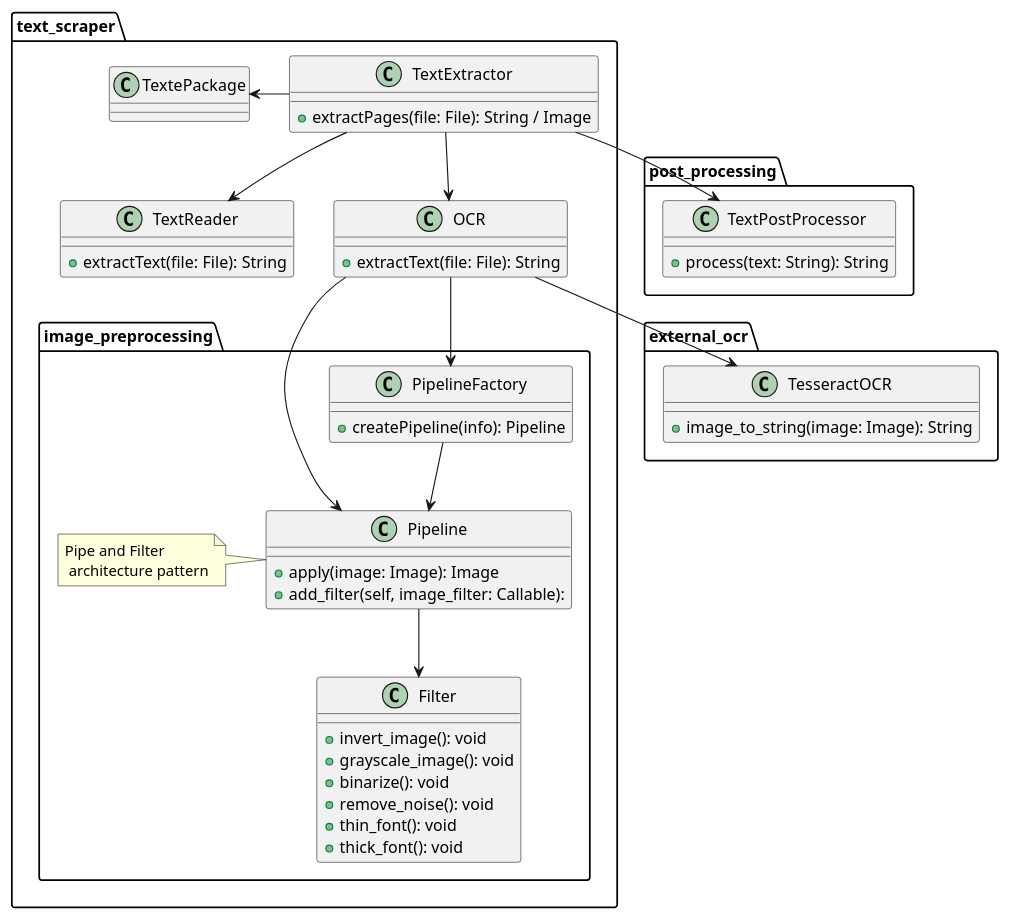
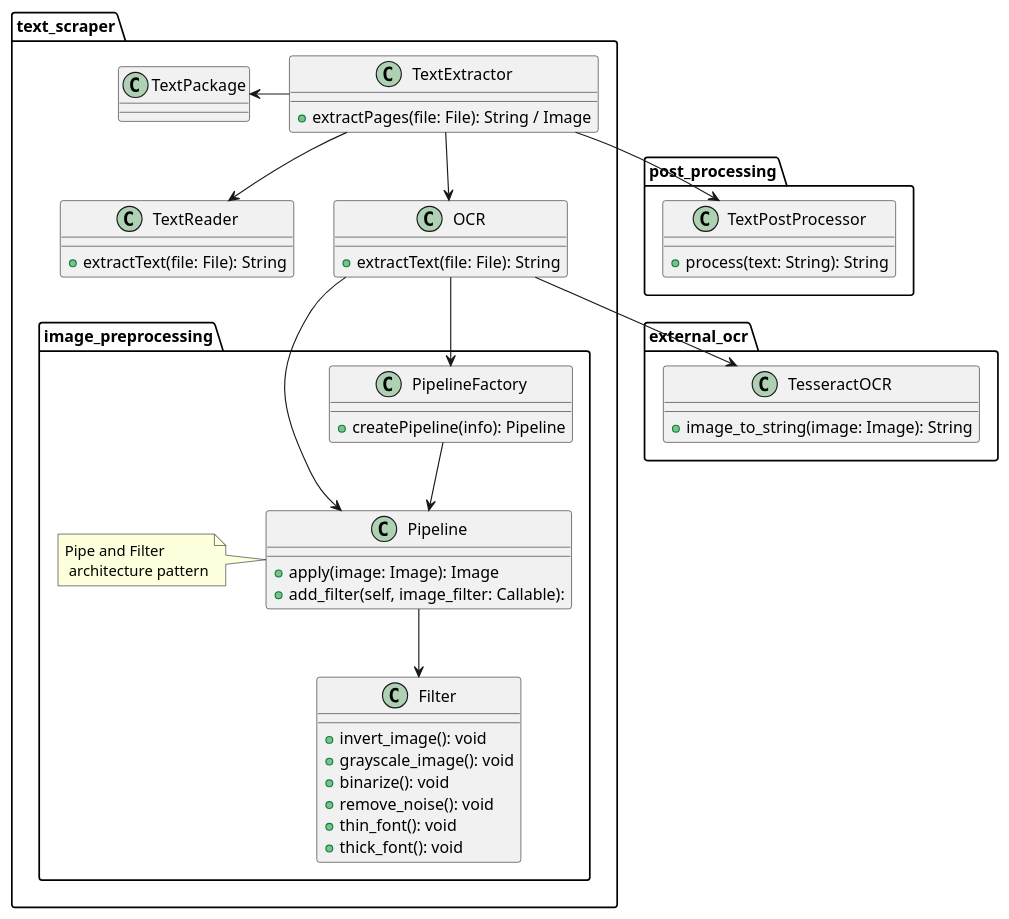
Before and after one commit to tutorai-no/tutor-service: the diagram in docs/diagrams/text_scraper.puml, drawn with PlantUML. The commit also changed 3 other files, not shown here.

```diff
--- a/docs/diagrams/text_scraper.puml
+++ b/docs/diagrams/text_scraper.puml
@@ -1,80 +1,80 @@
 @startuml
 
 package text_scraper {
 
     class TextExtractor {
         + extractPages(file: File): String / Image
     }
 
     class TextReader {
         + extractText(file: File): String
     }
 
     class OCR {
         + extractText(file: File): String
     }
 
 
-    class TextePackage{
+    class TextPackage{
     
     }
 
 
     
     package image_preprocessing {
         class Pipeline {
             + apply(image: Image): Image
             + add_filter(self, image_filter: Callable):
         }
         note left of Pipeline: Pipe and Filter \n architecture pattern
 
 
         class PipelineFactory {
             + createPipeline(info): Pipeline
         }
 
         class Filter {
             + invert_image(): void 
             + grayscale_image(): void
             + binarize(): void
             + remove_noise(): void
             + thin_font(): void
             + thick_font(): void
 
         }
     }
     
     OCR --> PipelineFactory
     OCR --> Pipeline
     PipelineFactory --> Pipeline
 
 }
 
 package external_ocr {
 
     class TesseractOCR {
         + image_to_string(image: Image): String
     }
 }
 
 package post_processing {
 
     class TextPostProcessor {
         + process(text: String): String
     }
 
 }
 
 
     
 
 
 TextExtractor --> OCR
 TextExtractor --> TextReader
 TextExtractor --> TextPostProcessor
 OCR --> TesseractOCR
 Pipeline --> Filter
-TextExtractor -left-> TextePackage
+TextExtractor -left-> TextPackage
 
 
 @enduml
```
